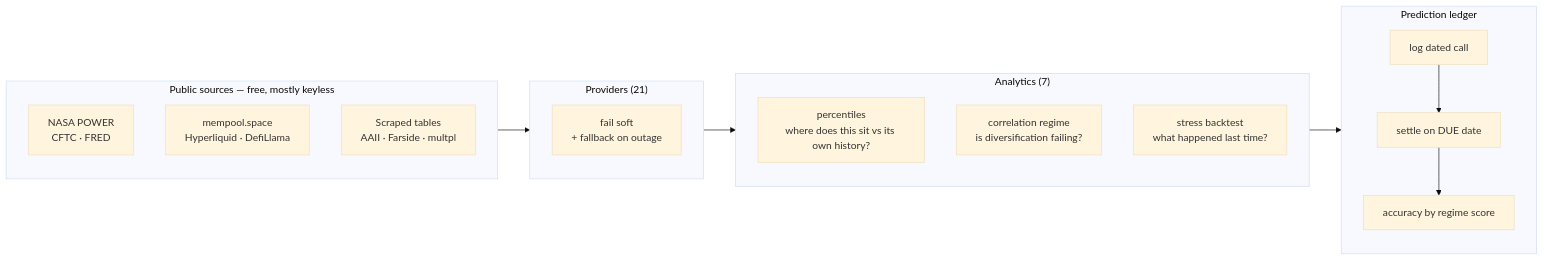
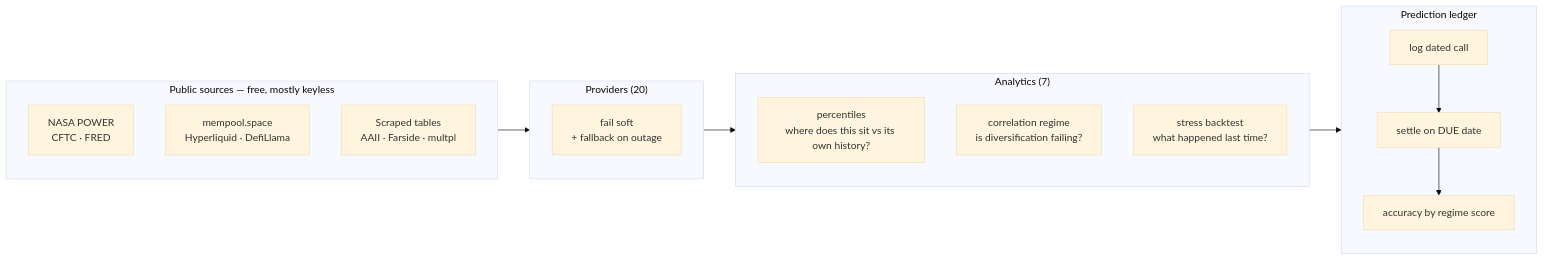
One commit to Deadmonkk/mango changed the diagram in README.md. Above: the diagram before and after it, drawn with Mermaid (base theme). The commit also changed other lines of this file and 37 other files, not shown here.

````diff
--- a/README.md
+++ b/README.md
@@ -111,27 +113,27 @@
 ```mermaid
 flowchart LR
     subgraph SRC["Public sources — free, mostly keyless"]
         A1["NASA POWER<br/>CFTC · FRED"]
         A2["mempool.space<br/>Hyperliquid · DefiLlama"]
         A3["Scraped tables<br/>AAII · Farside · multpl"]
     end
 
-    subgraph PROV["Providers (21)"]
+    subgraph PROV["Providers (20)"]
         P["fail soft<br/>+ fallback on outage"]
     end
 
     subgraph ANA["Analytics (7)"]
         N1["percentiles<br/>where does this sit vs its own history?"]
         N2["correlation regime<br/>is diversification failing?"]
         N3["stress backtest<br/>what happened last time?"]
     end
 
     subgraph LED["Prediction ledger"]
         L1["log dated call"]
         L2["settle on DUE date"]
         L3["accuracy by regime score"]
     end
 
     SRC --> PROV --> ANA --> LED
     L1 --> L2 --> L3
 ```
````
